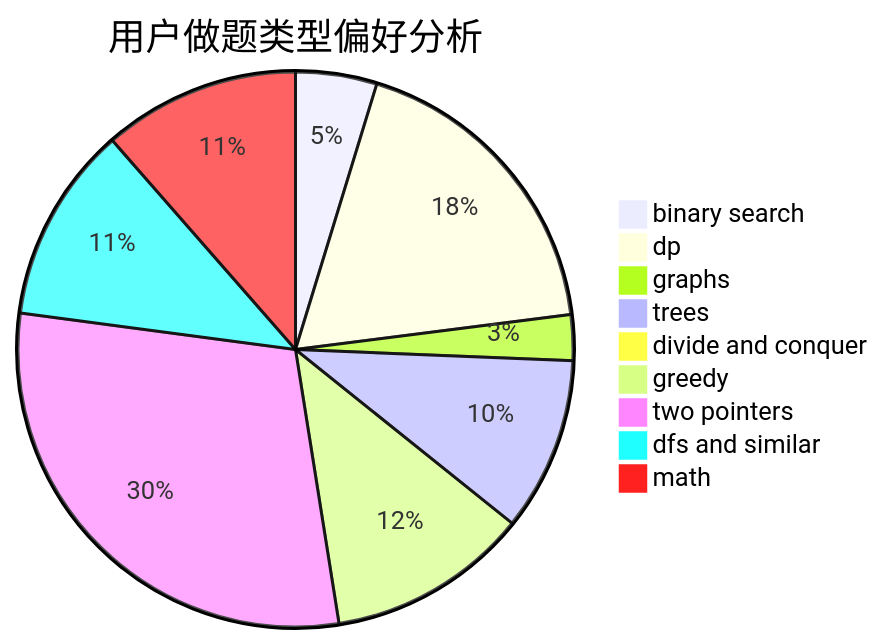
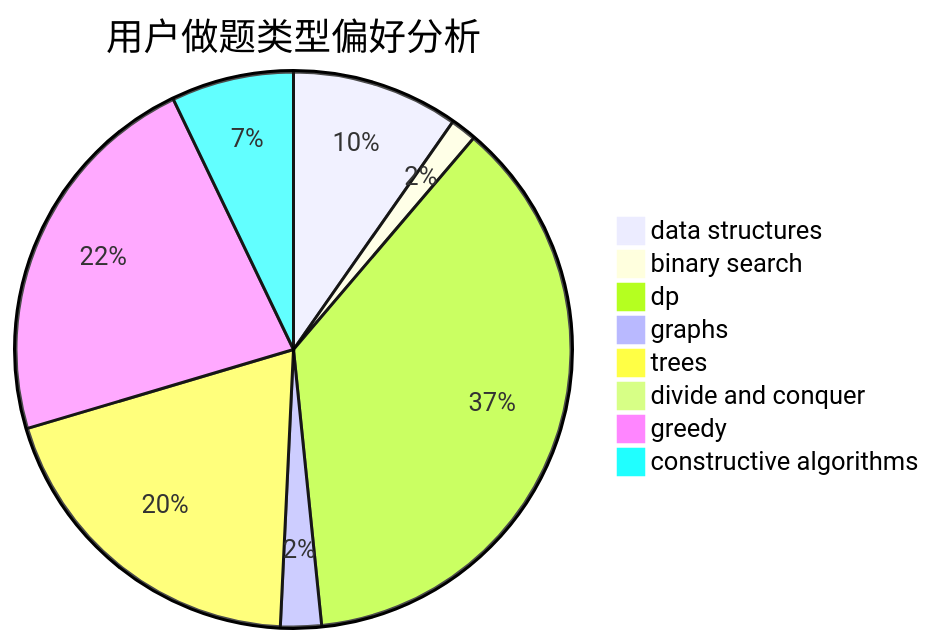
The second of 3 diagrams in docs/user/u2196.md (sherpahu/cfrs.github.io), drawn with Mermaid before and after one commit. The commit also changed other lines of this file and 2775 other files, not shown here.

````diff
--- a/docs/user/u2196.md
+++ b/docs/user/u2196.md
@@ -23,12 +23,11 @@
 ```mermaid
 pie title 用户做题类型偏好分析
-    "binary search" :  50
-    "dp" :  193
-    "graphs" :  28
-    "trees" :  107
+    "data structures" :  45
+    "binary search" :  7
+    "dp" :  172
+    "graphs" :  11
+    "trees" :  91
     "divide and conquer" :  0
-    "greedy" :  124
-    "two pointers" :  313
-    "dfs and similar" :  121
-    "math" :  121
+    "greedy" :  104
+    "constructive algorithms" :  33
 ```
````
